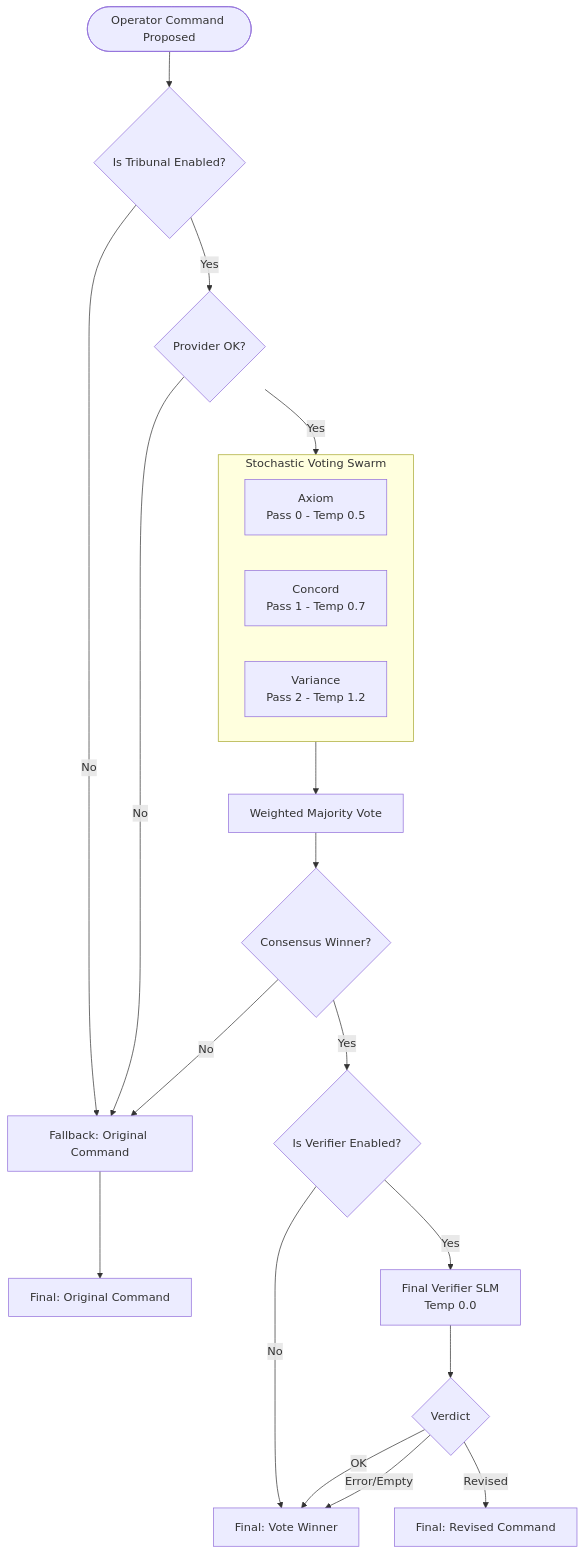
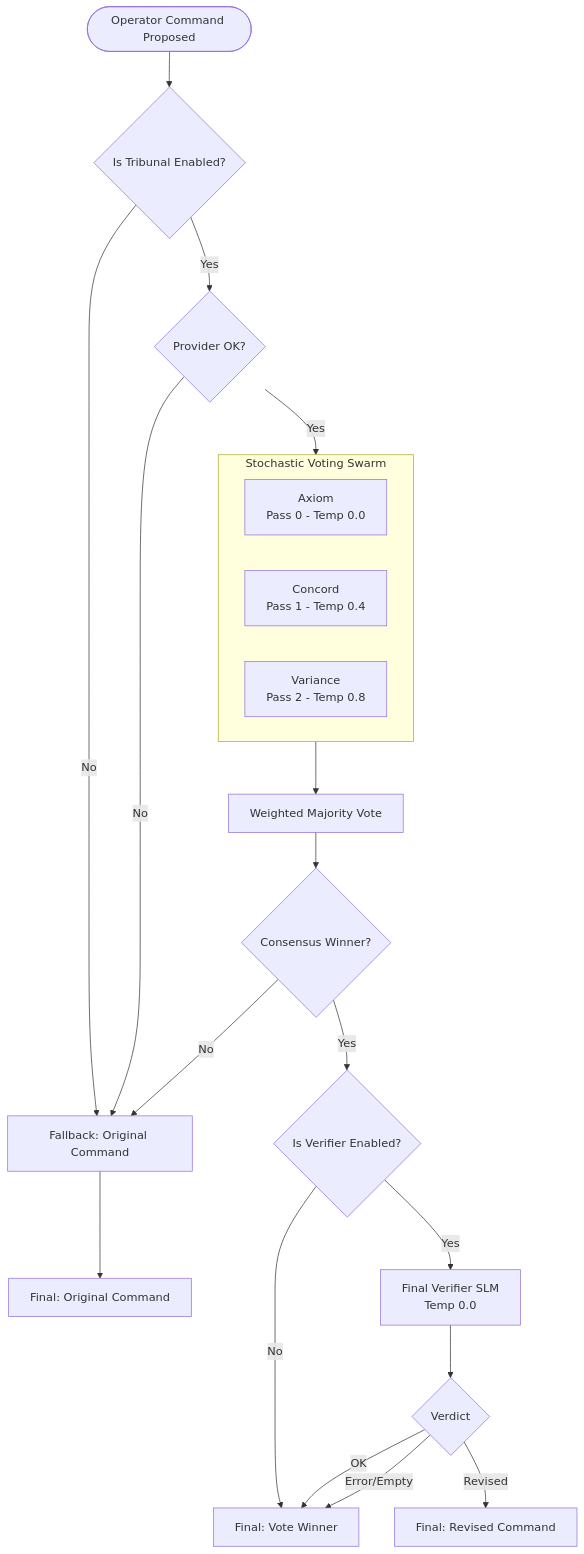
One commit to g8e-ai/g8e changed the fourth of 4 diagrams in docs/architecture/ai_agents.md. Above: the diagram before and after it, drawn with Mermaid. The commit also changed other lines of this file and 21 other files, not shown here.

````diff
--- a/docs/architecture/ai_agents.md
+++ b/docs/architecture/ai_agents.md
@@ -585,33 +644,33 @@
 ```mermaid
 flowchart TD
     In([Operator Command Proposed]) --> Enabled{Is Tribunal Enabled?}
     
     Enabled -- No --> Fallback[Fallback: Original Command]
     Enabled -- Yes --> Provider{Provider OK?}
     
     Provider -- No --> Fallback
     Provider -- Yes --> Gen[Parallel Generation Phase]
     
     subgraph Gen [Stochastic Voting Swarm]
         direction LR
-        P1[Axiom<br/>Pass 0 - Temp 0.5]
-        P2[Concord<br/>Pass 1 - Temp 0.7]
-        P3[Variance<br/>Pass 2 - Temp 1.2]
+        P1[Axiom<br/>Pass 0 - Temp 0.0]
+        P2[Concord<br/>Pass 1 - Temp 0.4]
+        P3[Variance<br/>Pass 2 - Temp 0.8]
     end
     
     Gen --> Vote[Weighted Majority Vote]
     Vote --> Winner{Consensus Winner?}
     
     Winner -- No --> Fallback
     Winner -- Yes --> VerifierEnabled{Is Verifier Enabled?}
     
     VerifierEnabled -- No --> OutVote[Final: Vote Winner]
     VerifierEnabled -- Yes --> Verify[Final Verifier SLM<br/>Temp 0.0]
     
     Verify --> Review{Verdict}
     Review -- OK --> OutVote
     Review -- Error/Empty --> OutVote
     Review -- Revised --> OutRev[Final: Revised Command]
     
     Fallback --> OutFall[Final: Original Command]
 ```
````
